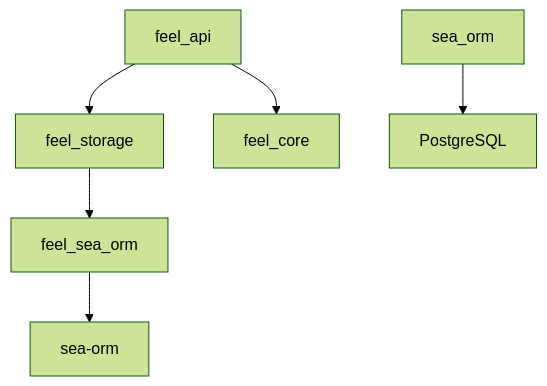
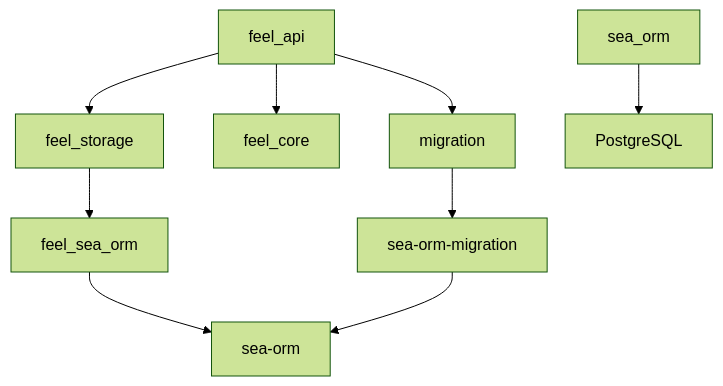
One commit to zuiyu1998/feel changed the diagram in docs/feel_api/deploy.md. Above: the diagram before and after it, drawn with Mermaid (forest theme). The commit also changed other lines of this file and 10 other files, not shown here.

````diff
--- a/docs/feel_api/deploy.md
+++ b/docs/feel_api/deploy.md
@@ -74,8 +70,11 @@
 ```mermaid
 graph TD
     feel_api --> feel_storage
     feel_api --> feel_core
+    feel_api --> migration
     feel_storage --> feel_sea_orm
     feel_sea_orm --> sea-orm
+    migration --> sea-orm-migration
+    sea-orm-migration --> sea-orm
     sea_orm --> PostgreSQL
 ```
````
